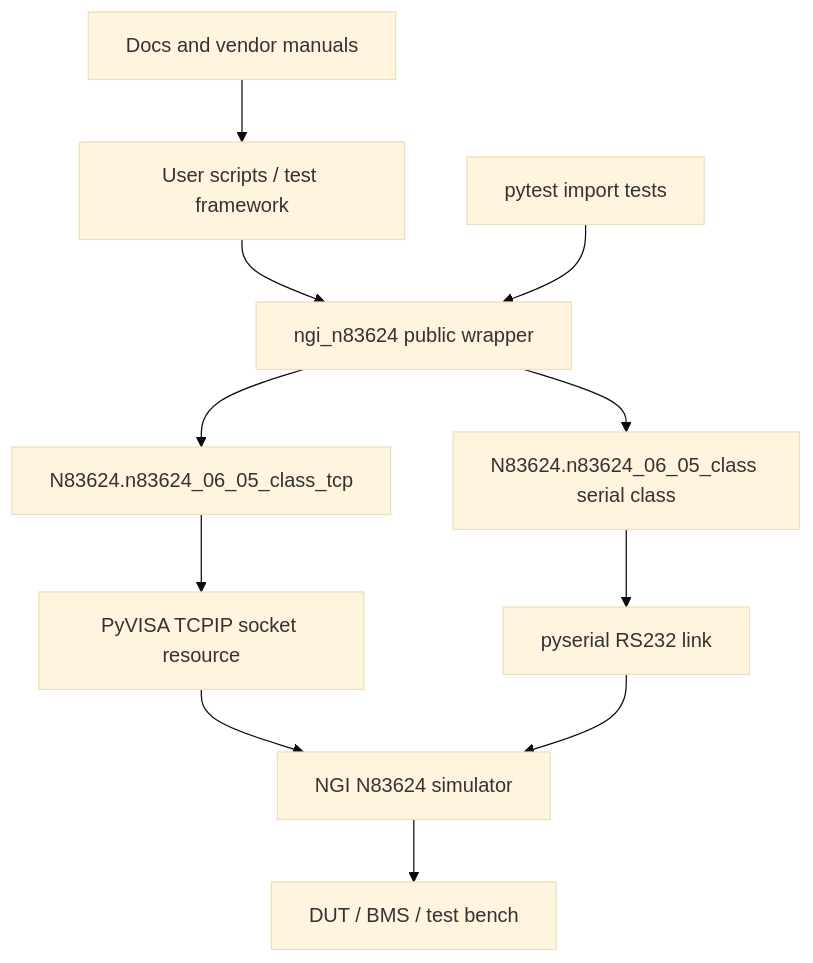
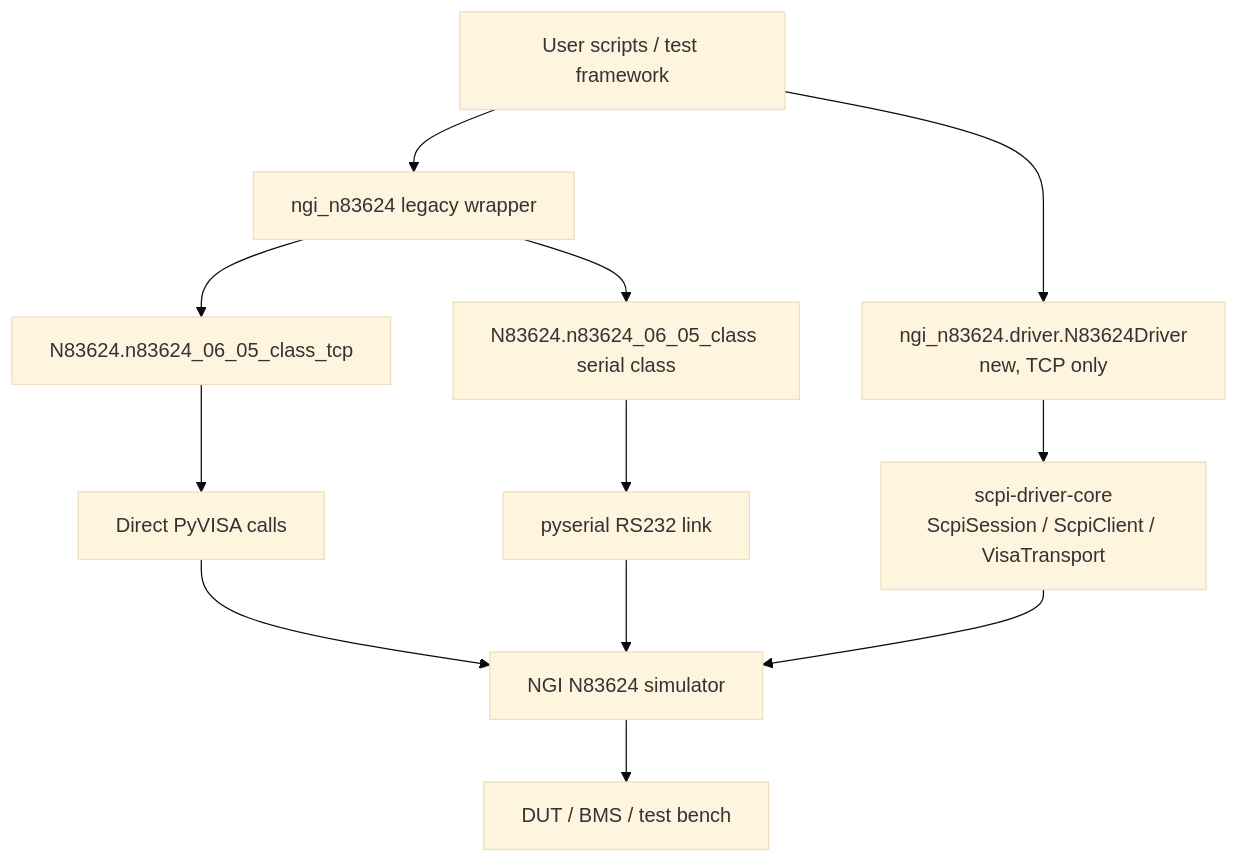
The diagram in README.md (ami3go/NGI-N83624-Battery-simulator), drawn with Mermaid (base theme) before and after one commit. The commit also changed other lines of this file and 5 other files, not shown here.

````diff
--- a/README.md
+++ b/README.md
@@ -116,13 +116,15 @@
 ```mermaid
 flowchart TB
-    USER[User scripts / test framework] --> WRAP[ngi_n83624 public wrapper]
+    USER[User scripts / test framework]
+    USER --> WRAP[ngi_n83624 legacy wrapper]
     WRAP --> TCP[N83624.n83624_06_05_class_tcp]
     WRAP --> SER[N83624.n83624_06_05_class serial class]
-    TCP --> VISA[PyVISA TCPIP socket resource]
+    TCP --> VISA[Direct PyVISA calls]
     SER --> PYSERIAL[pyserial RS232 link]
+    USER --> DRIVER[ngi_n83624.driver.N83624Driver<br/>new, TCP only]
+    DRIVER --> CORE[scpi-driver-core<br/>ScpiSession / ScpiClient / VisaTransport]
     VISA --> HW[NGI N83624 simulator]
     PYSERIAL --> HW
+    CORE --> HW
     HW --> DUT[DUT / BMS / test bench]
-    DOCS[Docs and vendor manuals] --> USER
-    TESTS[pytest import tests] --> WRAP
 ```
````
